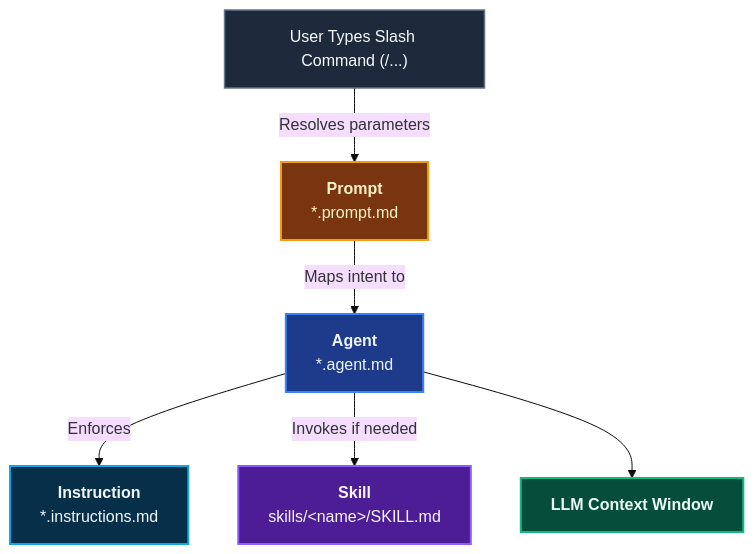
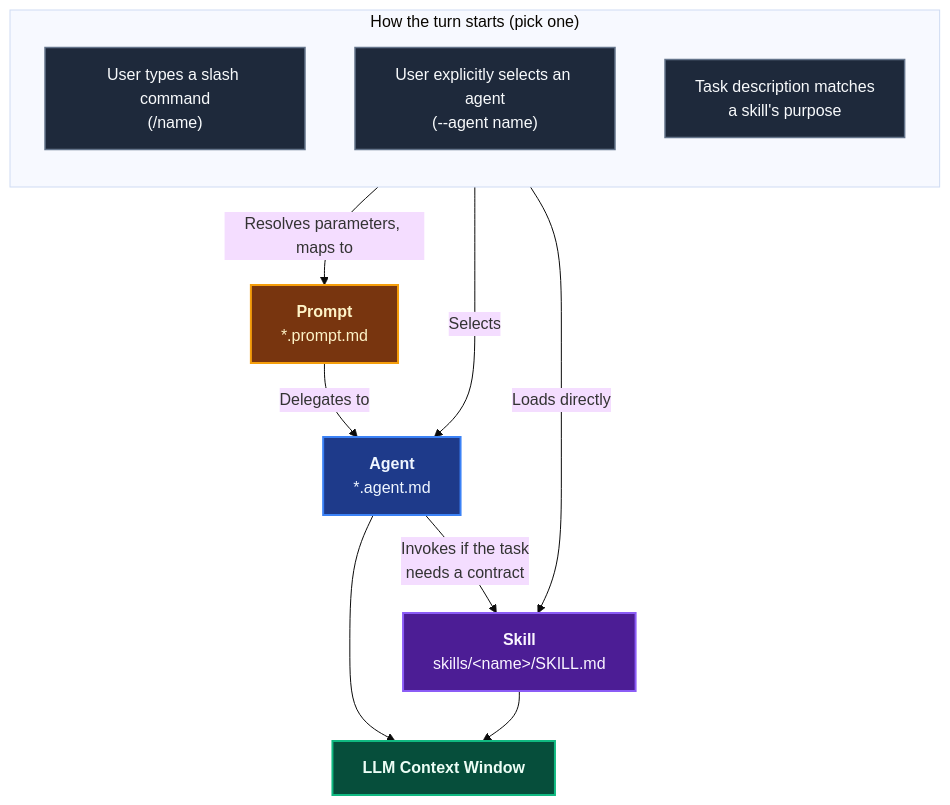
The second of 4 diagrams in website/docs/guide/persistent-context.md (ALTEN-group/coding-pal), drawn with Mermaid (base theme) before and after one commit. The commit also changed other lines of this file, not shown here.

Commit message:
refactor: clarify context lifecycle and entry points in persistent context documentation

````diff
--- a/website/docs/guide/persistent-context.md
+++ b/website/docs/guide/persistent-context.md
@@ -38,25 +39,36 @@
 ```mermaid
 ---
-caption: On-Demand Prompt Loading
+caption: On-Demand Entry Points — pick one starting trigger per turn
 ---
 flowchart TD
-    E2["User Types Slash Command (/...)"] -->|"Resolves parameters"| P["<b>Prompt</b><br/>*.prompt.md"]
-    P -->|"Maps intent to"| A["<b>Agent</b><br/>*.agent.md"]
-    A -->|"Enforces"| I["<b>Instruction</b><br/>*.instructions.md"]
-    A -->|"Invokes if needed"| S["<b>Skill</b><br/>skills/&lt;name&gt;/SKILL.md"]
+    subgraph Entry ["How the turn starts (pick one)"]
+        direction TB
+        T1["User types a slash command<br/>(/name)"]
+        T2["User explicitly selects an agent<br/>(--agent name)"]
+        T3["Task description matches<br/>a skill's purpose"]
+    end
+
+    T1 -->|"Resolves parameters, maps to"| P["<b>Prompt</b><br/>*.prompt.md"]
+    P -->|"Delegates to"| A["<b>Agent</b><br/>*.agent.md"]
+
+    T2 -->|"Selects"| A
+
+    A -->|"Invokes if the task<br/>needs a contract"| S["<b>Skill</b><br/>skills/&lt;name&gt;/SKILL.md"]
+
+    T3 -->|"Loads directly"| S
+
     A --> CTX["<b>LLM Context Window</b>"]
+    S --> CTX
 
-    classDef instruction fill:#082f49,stroke:#0ea5e9,stroke-width:2px,color:#f0f9ff;
     classDef agent fill:#1e3a8a,stroke:#3b82f6,stroke-width:2px,color:#eff6ff;
     classDef skill fill:#4c1d95,stroke:#8b5cf6,stroke-width:2px,color:#faf5ff;
     classDef prompt fill:#78350f,stroke:#f59e0b,stroke-width:2px,color:#fef3c7;
     classDef execution fill:#064e3b,stroke:#10b981,stroke-width:2px,color:#ecfdf5;
     classDef event fill:#1e293b,stroke:#64748b,stroke-width:1.5px,color:#f8fafc;
 
-    class I instruction;
     class P prompt;
     class A agent;
     class S skill;
     class CTX execution;
-    class E2 event;
+    class T1,T2,T3 event;
 ```
````
